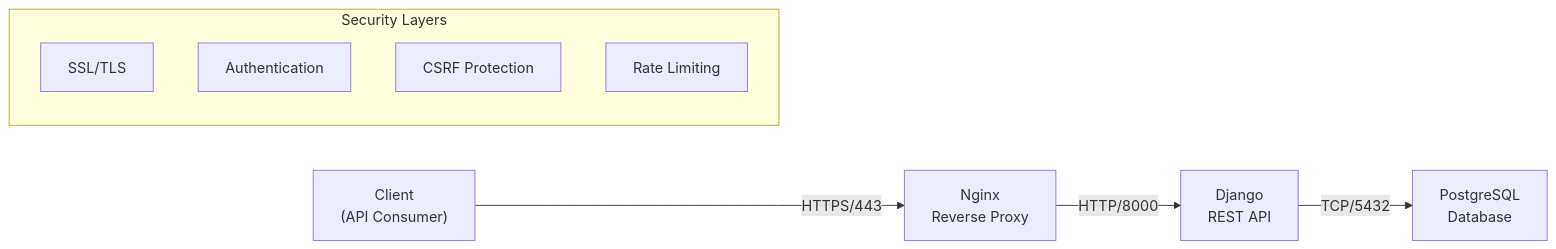
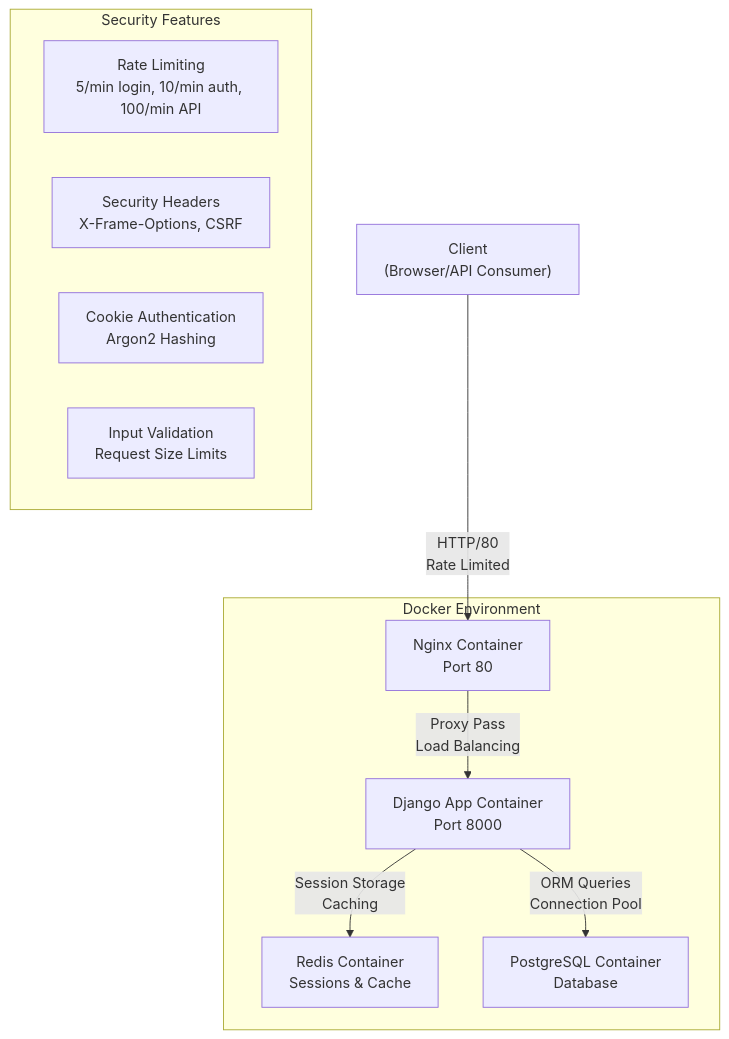
One commit to iam4sec/devops_todo_app changed the first of 6 diagrams in ARCHITECTURE.md. Above: the diagram before and after it, drawn with Mermaid. The commit also changed other lines of this file, not shown here.

Commit message:
Refactor architecture documentation to enhance clarity; update system architecture diagram and security features, and improve component descriptions for Docker environment.

````diff
--- a/ARCHITECTURE.md
+++ b/ARCHITECTURE.md
@@ -5,18 +5,23 @@
 ```mermaid
-graph LR
-    Client["Client<br/>(API Consumer)"] 
-    Nginx["Nginx<br/>Reverse Proxy"]
-    Django["Django<br/>REST API"]
-    PostgreSQL["PostgreSQL<br/>Database"]
+graph TB
+    Client["Client<br/>(Browser/API Consumer)"]
     
-    Client -->|"HTTPS/443"| Nginx
-    Nginx -->|"HTTP/8000"| Django
-    Django -->|"TCP/5432"| PostgreSQL
+    subgraph Docker["Docker Environment"]
+        Nginx["Nginx Container<br/>Port 80"]
+        Django["Django App Container<br/>Port 8000"]
+        Redis["Redis Container<br/>Sessions & Cache"]
+        PostgreSQL["PostgreSQL Container<br/>Database"]
+    end
     
-    subgraph Security["Security Layers"]
-        SSL["SSL/TLS"]
-        Auth["Authentication"]
-        CSRF["CSRF Protection"]
-        Rate["Rate Limiting"]
+    Client -->|"HTTP/80<br/>Rate Limited"| Nginx
+    Nginx -->|"Proxy Pass<br/>Load Balancing"| Django
+    Django -->|"Session Storage<br/>Caching"| Redis
+    Django -->|"ORM Queries<br/>Connection Pool"| PostgreSQL
+    
+    subgraph Security["Security Features"]
+        RateLimit["Rate Limiting<br/>5/min login, 10/min auth, 100/min API"]
+        Headers["Security Headers<br/>X-Frame-Options, CSRF"]
+        Auth["Cookie Authentication<br/>Argon2 Hashing"]
+        Validation["Input Validation<br/>Request Size Limits"]
     end
 ```
````
